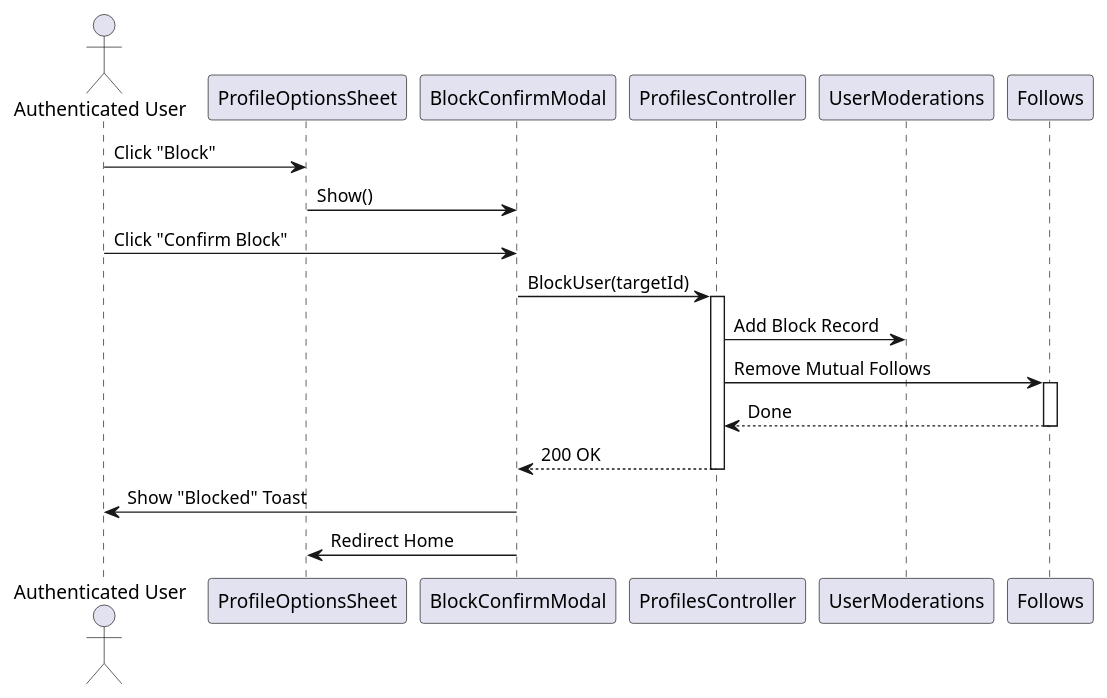
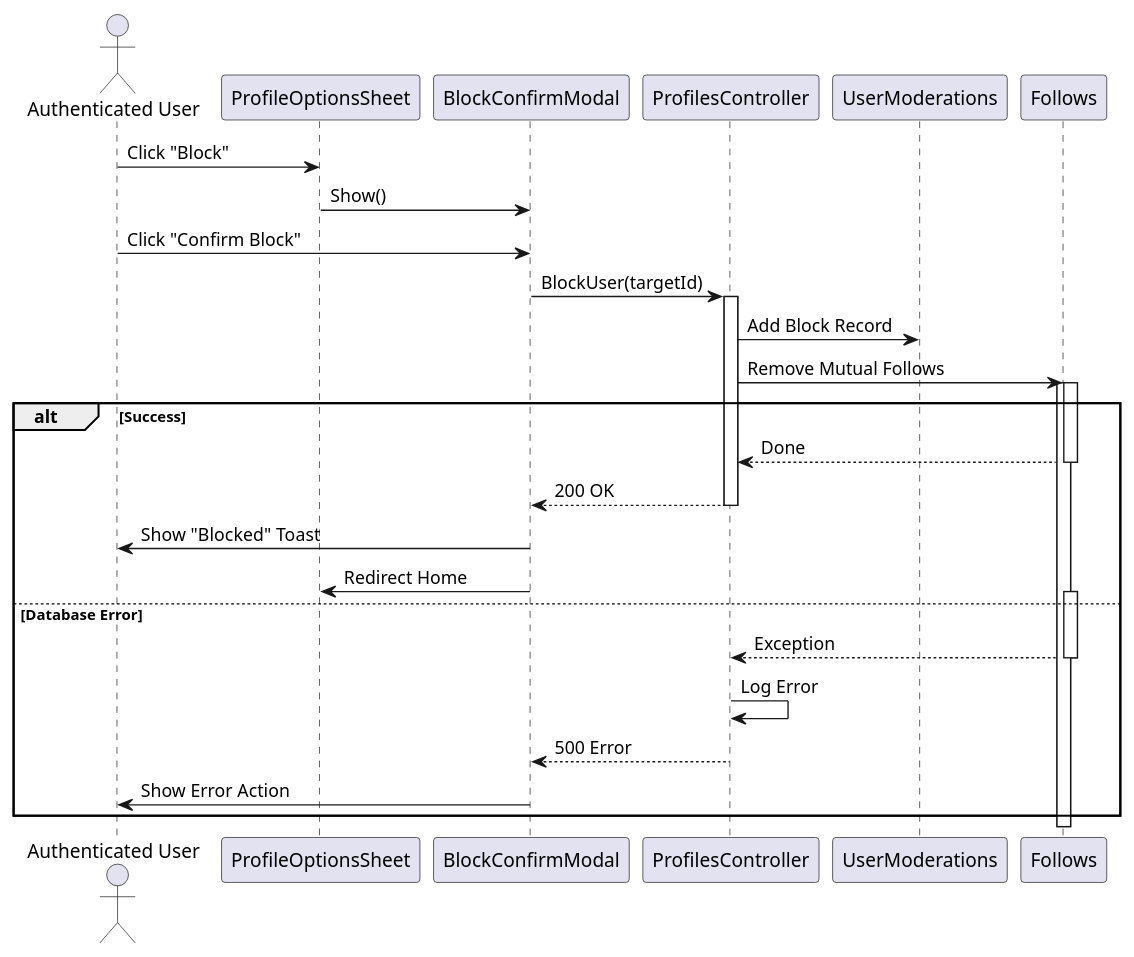
One commit to I-Love-U-3000/Favi-BE changed the tenth of 14 diagrams in UC_2.1.6_Adjust_Friend.md. Above: the diagram before and after it, drawn with PlantUML. The commit also changed other lines of this file and 4 other files, not shown here.

````diff
--- a/UC_2.1.6_Adjust_Friend.md
+++ b/UC_2.1.6_Adjust_Friend.md
@@ -445,25 +481,36 @@
 ```plantuml
 @startuml
 actor "Authenticated User" as User
 participant "ProfileOptionsSheet" as View
 participant "BlockConfirmModal" as Modal
 participant "ProfilesController" as Controller
 participant "UserModerations" as DB_Mod
 participant "Follows" as DB_Follow
 
 User -> View: Click "Block"
 View -> Modal: Show()
 User -> Modal: Click "Confirm Block"
 Modal -> Controller: BlockUser(targetId)
 activate Controller
 Controller -> DB_Mod: Add Block Record
 Controller -> DB_Follow: Remove Mutual Follows
 activate DB_Follow
-DB_Follow --> Controller: Done
-deactivate DB_Follow
-Controller --> Modal: 200 OK
-deactivate Controller
-Modal -> User: Show "Blocked" Toast
-Modal -> View: Redirect Home
+activate DB_Follow
+alt Success
+    DB_Follow --> Controller: Done
+    deactivate DB_Follow
+    Controller --> Modal: 200 OK
+    deactivate Controller
+    Modal -> User: Show "Blocked" Toast
+    Modal -> View: Redirect Home
+else Database Error
+    activate DB_Follow
+    DB_Follow --> Controller: Exception
+    deactivate DB_Follow
+    Controller -> Controller: Log Error
+    Controller --> Modal: 500 Error
+    deactivate Controller
+    Modal -> User: Show Error Action
+end
 @enduml
 ```
````
